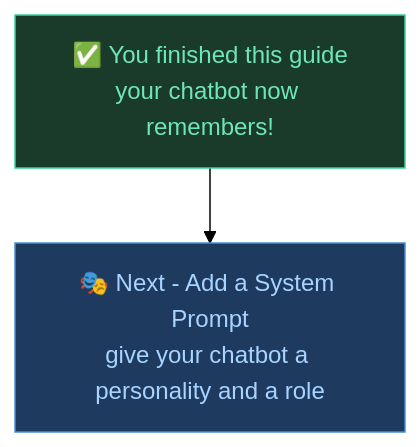
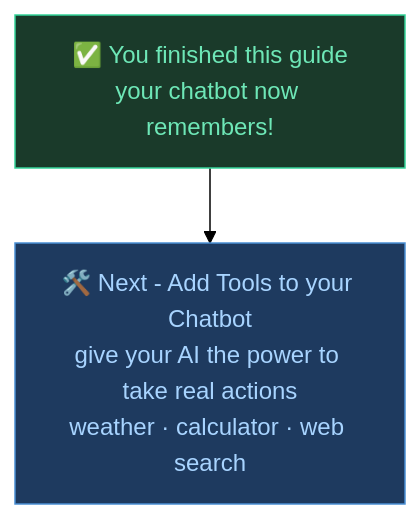
The ninth of 9 diagrams in README.md (abdulsamadxai/groq-chatbot-memory), drawn with Mermaid (forest theme) before and after one commit. The commit also changed other lines of this file, not shown here.

````diff
--- a/README.md
+++ b/README.md
@@ -319,8 +342,8 @@
 ```mermaid
 flowchart TD
     A["✅ You finished this guide\nyour chatbot now remembers!"]:::done
-    A --> B["🎭 Next - Add a System Prompt\ngive your chatbot a personality and a role"]:::blue
+    A --> B["🛠️ Next - Add Tools to your Chatbot\ngive your AI the power to take real actions\nweather · calculator · web search"]:::blue
 
     classDef done fill:#1a3a2a,stroke:#34d399,color:#6ee7b7
     classDef blue fill:#1e3a5f,stroke:#4a8fd4,color:#a8d4ff
 ```
````
